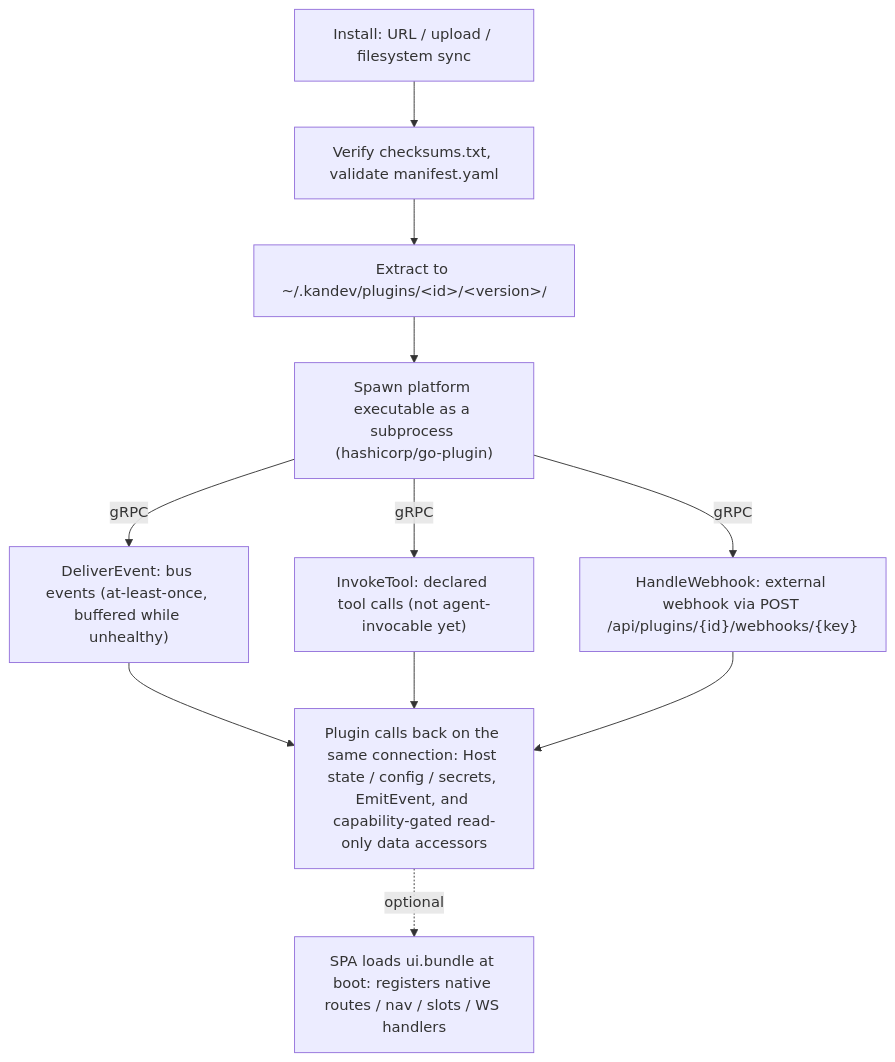
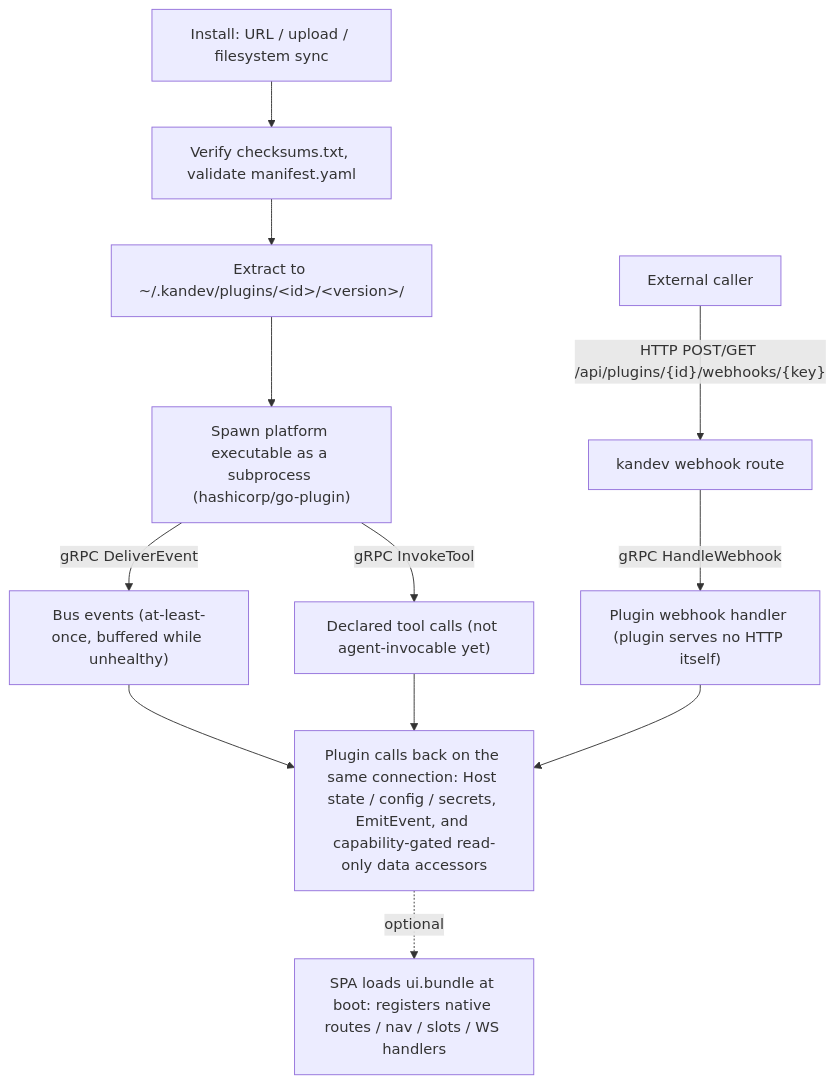
The diagram in docs/public/plugins.md (kdlbs/kandev), drawn with Mermaid before and after one commit.

Commit message:
docs: clarify webhook relay in how-it-works diagram
The diagram collapsed two hops into one node, reading as if the plugin
receives the external HTTP POST directly. Split it: an external caller
POSTs to kandev's webhook route, which relays the request to the plugin
over the gRPC HandleWebhook method (the plugin serves no HTTP itself).
Also label the DeliverEvent/InvokeTool/HandleWebhook edges by their real
proto method names.

````diff
--- a/docs/public/plugins.md
+++ b/docs/public/plugins.md
@@ -27,13 +27,14 @@
 ```mermaid
 flowchart TD
     Install["Install: URL / upload / filesystem sync"] --> Verify["Verify checksums.txt, validate manifest.yaml"]
     Verify --> Extract["Extract to ~/.kandev/plugins/&lt;id&gt;/&lt;version&gt;/"]
     Extract --> Spawn["Spawn platform executable as a subprocess (hashicorp/go-plugin)"]
-    Spawn -->|gRPC| Deliver["DeliverEvent: bus events (at-least-once, buffered while unhealthy)"]
-    Spawn -->|gRPC| Invoke["InvokeTool: declared tool calls (not agent-invocable yet)"]
-    Spawn -->|gRPC| Webhook["HandleWebhook: external webhook via POST /api/plugins/{id}/webhooks/{key}"]
+    Spawn -->|"gRPC DeliverEvent"| Deliver["Bus events (at-least-once, buffered while unhealthy)"]
+    Spawn -->|"gRPC InvokeTool"| Invoke["Declared tool calls (not agent-invocable yet)"]
+    Ext["External caller"] -->|"HTTP POST/GET /api/plugins/{id}/webhooks/{key}"| Route["kandev webhook route"]
+    Route -->|"gRPC HandleWebhook"| Webhook["Plugin webhook handler (plugin serves no HTTP itself)"]
     Deliver --> Host["Plugin calls back on the same connection: Host state / config / secrets, EmitEvent, and capability-gated read-only data accessors"]
     Invoke --> Host
     Webhook --> Host
     Host -.optional.-> UI["SPA loads ui.bundle at boot: registers native routes / nav / slots / WS handlers"]
 ```
````
